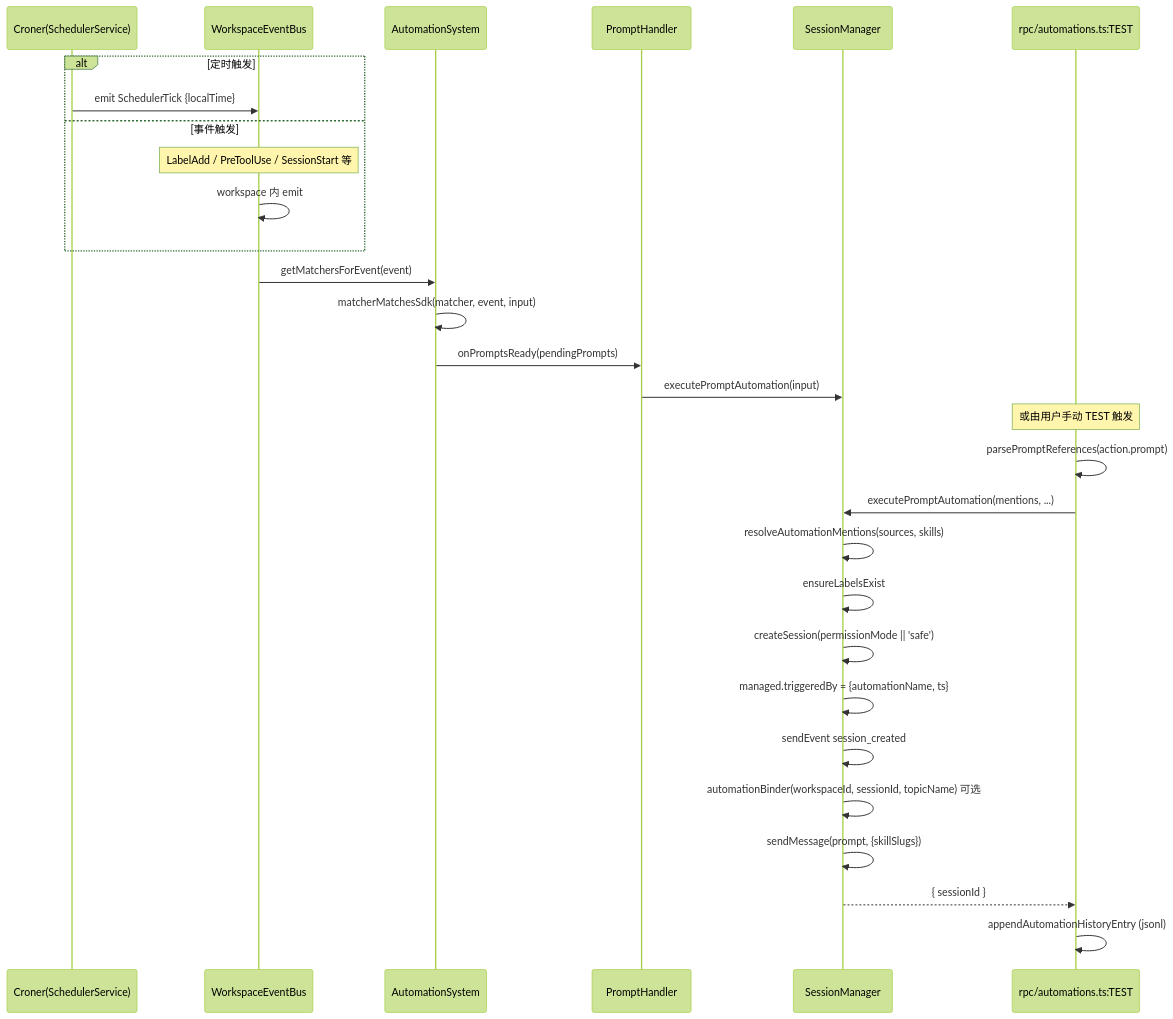
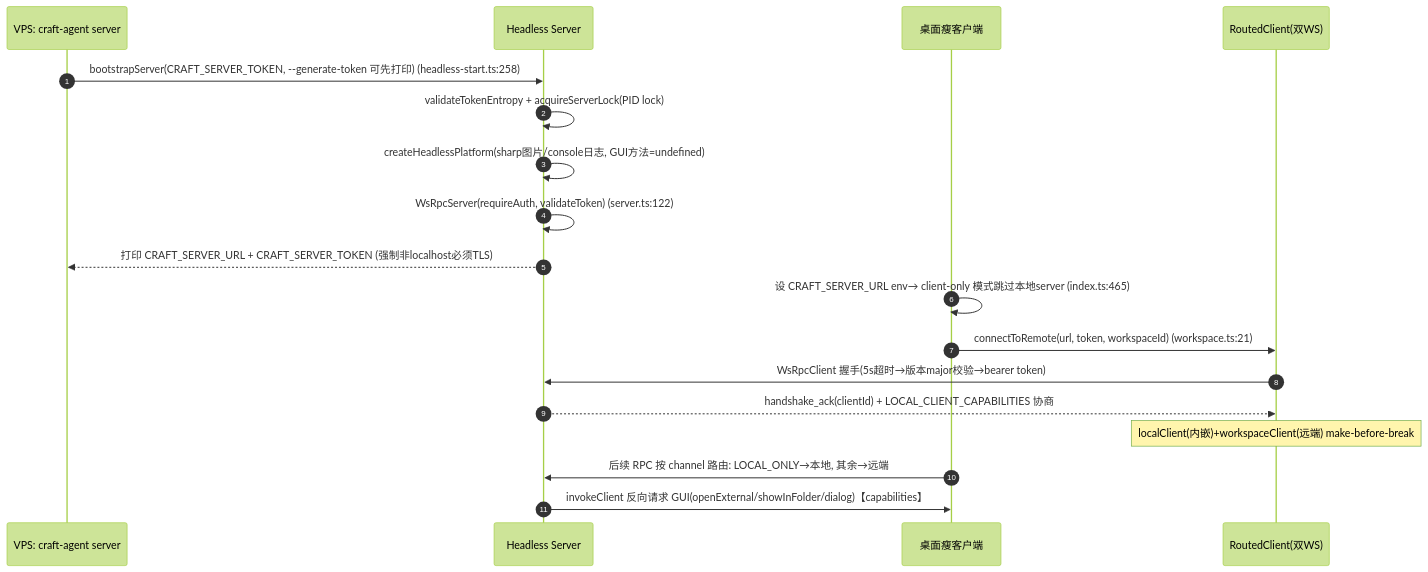
Before and after one commit to TTsWorld/craft-agents-oss: the seventh of 13 diagrams in docs/code-research/07_workflow.md, drawn with Mermaid (forest theme). The commit also changed other lines of this file and 13 other files, not shown here.

````diff
--- a/docs/code-research/07_workflow.md
+++ b/docs/code-research/07_workflow.md
@@ -273,35 +382,21 @@
 ```mermaid
 sequenceDiagram
-    participant CR as Croner(SchedulerService)
-    participant EB as WorkspaceEventBus
-    participant AS as AutomationSystem
-    participant PH as PromptHandler
-    participant SM as SessionManager
-    participant H as rpc/automations.ts:TEST
+    autonumber
+    participant CLI as VPS: craft-agent server
+    participant HS as Headless Server
+    participant Desk as 桌面瘦客户端
+    participant RC as RoutedClient(双WS)
 
-    alt 定时触发
-        CR->>EB: emit SchedulerTick {localTime}
-    else 事件触发
-        Note over EB: LabelAdd / PreToolUse / SessionStart 等
-        EB->>EB: workspace 内 emit
-    end
-
-    EB->>AS: getMatchersForEvent(event)
-    AS->>AS: matcherMatchesSdk(matcher, event, input)
-    AS->>PH: onPromptsReady(pendingPrompts)
-    PH->>SM: executePromptAutomation(input)
-
-    Note over H: 或由用户手动 TEST 触发
-    H->>H: parsePromptReferences(action.prompt)
-    H->>SM: executePromptAutomation(mentions, ...)
-
-    SM->>SM: resolveAutomationMentions(sources, skills)
-    SM->>SM: ensureLabelsExist
-    SM->>SM: createSession(permissionMode || 'safe')
-    SM->>SM: managed.triggeredBy = {automationName, ts}
-    SM->>SM: sendEvent session_created
-    SM->>SM: automationBinder(workspaceId, sessionId, topicName) 可选
-    SM->>SM: sendMessage(prompt, {skillSlugs})
-    SM-->>H: { sessionId }
-    H->>H: appendAutomationHistoryEntry (jsonl)
+    CLI->>HS: bootstrapServer(CRAFT_SERVER_TOKEN, --generate-token 可先打印) (headless-start.ts:258)
+    HS->>HS: validateTokenEntropy + acquireServerLock(PID lock)
+    HS->>HS: createHeadlessPlatform(sharp图片/console日志, GUI方法=undefined)
+    HS->>HS: WsRpcServer(requireAuth, validateToken) (server.ts:122)
+    HS-->>CLI: 打印 CRAFT_SERVER_URL + CRAFT_SERVER_TOKEN (强制非localhost必须TLS)
+    Desk->>Desk: 设 CRAFT_SERVER_URL env→ client-only 模式跳过本地server (index.ts:465)
+    Desk->>RC: connectToRemote(url, token, workspaceId) (workspace.ts:21)
+    RC->>HS: WsRpcClient 握手(5s超时→版本major校验→bearer token)
+    HS-->>RC: handshake_ack(clientId) + LOCAL_CLIENT_CAPABILITIES 协商
+    Note over RC: localClient(内嵌)+workspaceClient(远端) make-before-break
+    Desk->>HS: 后续 RPC 按 channel 路由: LOCAL_ONLY→本地, 其余→远端
+    HS->>Desk: invokeClient 反向请求 GUI(openExternal/showInFolder/dialog)【capabilities】
 ```
````
